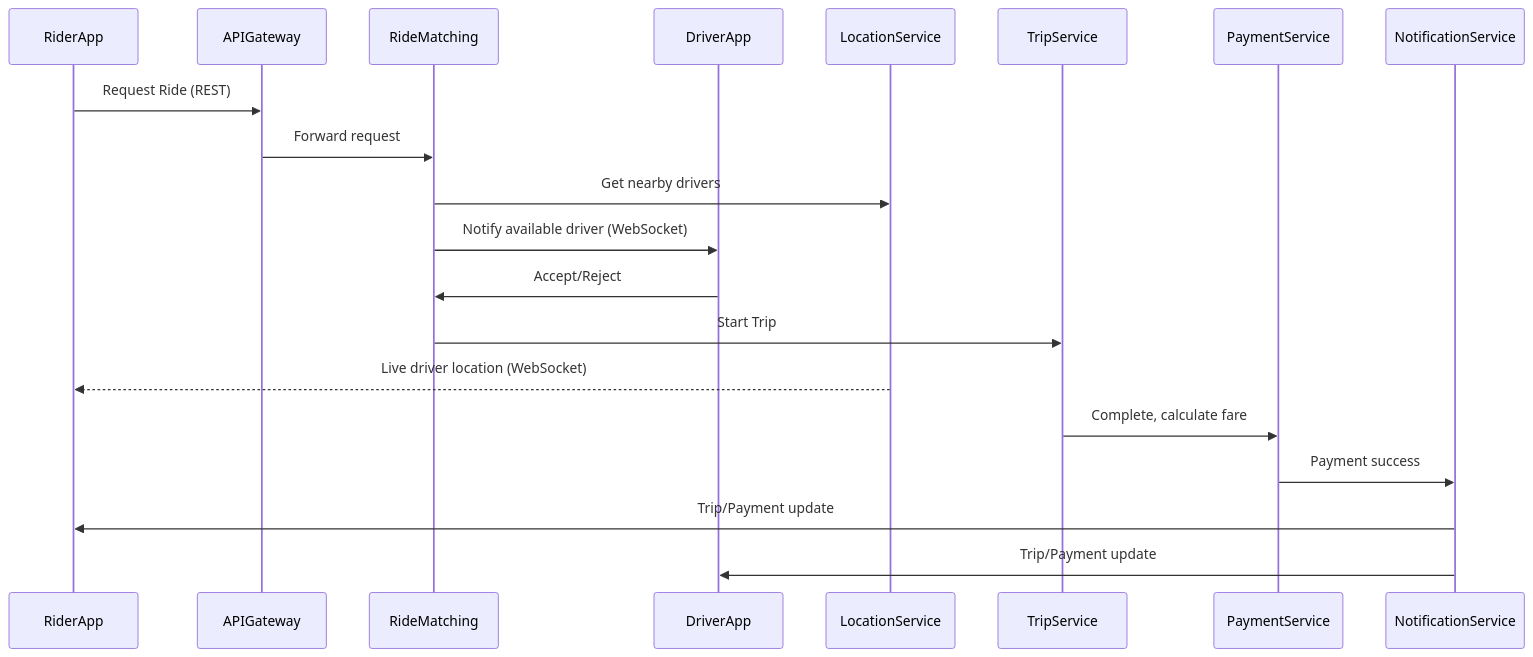
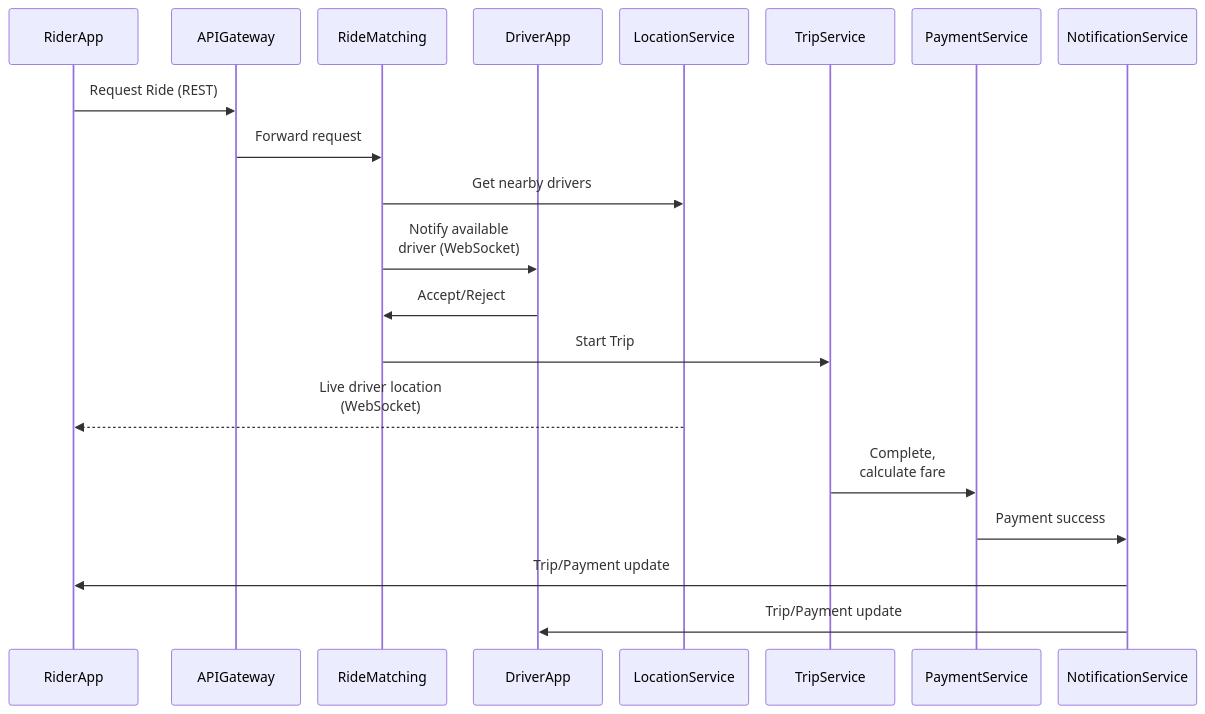
Before and after one commit to Charikshith/Guide: the fourth of 4 diagrams in volumes/volume-4-high-level-design/ch49-library-27-taxi-app-uber.md, drawn with Mermaid. The commit also changed other lines of this file and 64 other files, not shown here.

Commit message:
Guide: fit wide diagrams on the page (grow into the free right margin, smaller minimum scale), redraw 33 long flowcharts in the other direction, tighten five wide sequence diagrams

````diff
--- a/volumes/volume-4-high-level-design/ch49-library-27-taxi-app-uber.md
+++ b/volumes/volume-4-high-level-design/ch49-library-27-taxi-app-uber.md
@@ -265,23 +266,24 @@
 ```mermaid
+%%{init: {"sequence": {"actorMargin": 20}}}%%
 sequenceDiagram
     participant RiderApp
     participant APIGateway
     participant RideMatching
     participant DriverApp
     participant LocationService
     participant TripService
     participant PaymentService
     participant NotificationService
 
     RiderApp->>APIGateway: Request Ride (REST)
     APIGateway->>RideMatching: Forward request
     RideMatching->>LocationService: Get nearby drivers
-    RideMatching->>DriverApp: Notify available driver (WebSocket)
+    RideMatching->>DriverApp: Notify available<br/>driver (WebSocket)
     DriverApp->>RideMatching: Accept/Reject
     RideMatching->>TripService: Start Trip
-    LocationService-->>RiderApp: Live driver location (WebSocket)
-    TripService->>PaymentService: Complete, calculate fare
+    LocationService-->>RiderApp: Live driver location<br/>(WebSocket)
+    TripService->>PaymentService: Complete,<br/>calculate fare
     PaymentService->>NotificationService: Payment success
     NotificationService->>RiderApp: Trip/Payment update
     NotificationService->>DriverApp: Trip/Payment update
 ```
````
